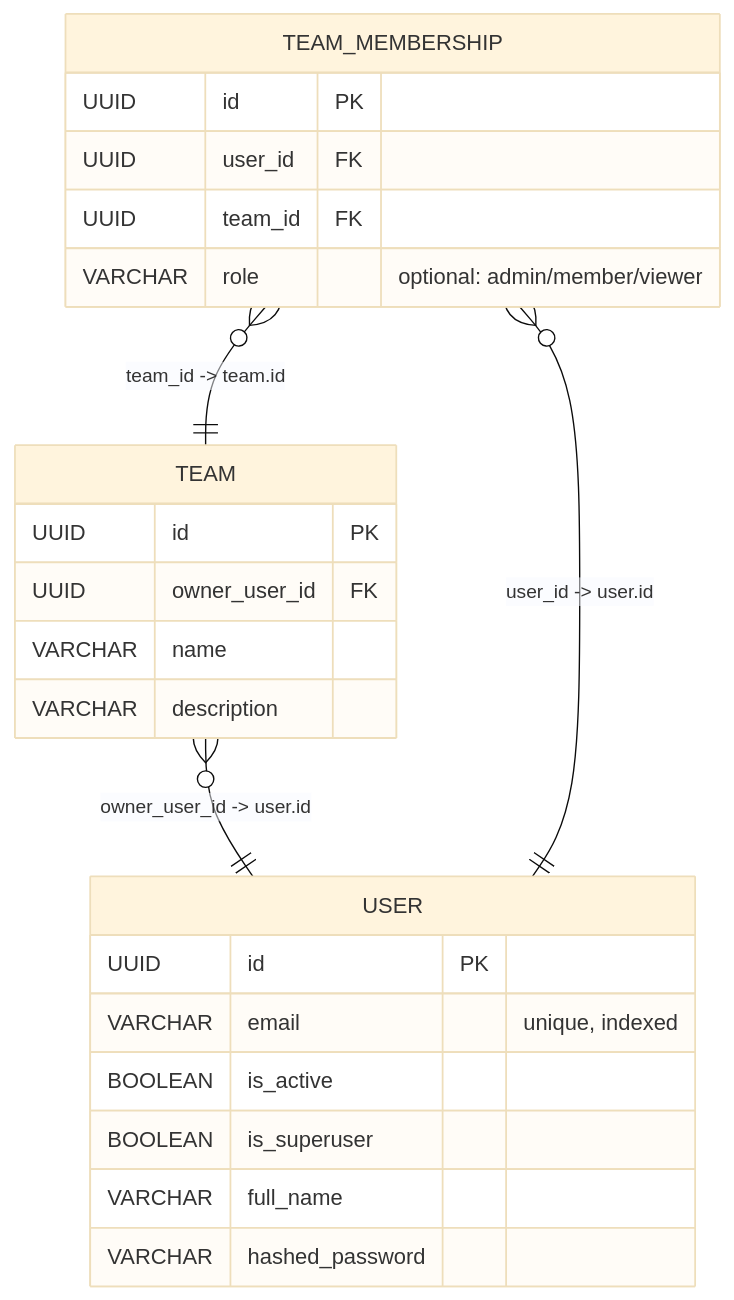
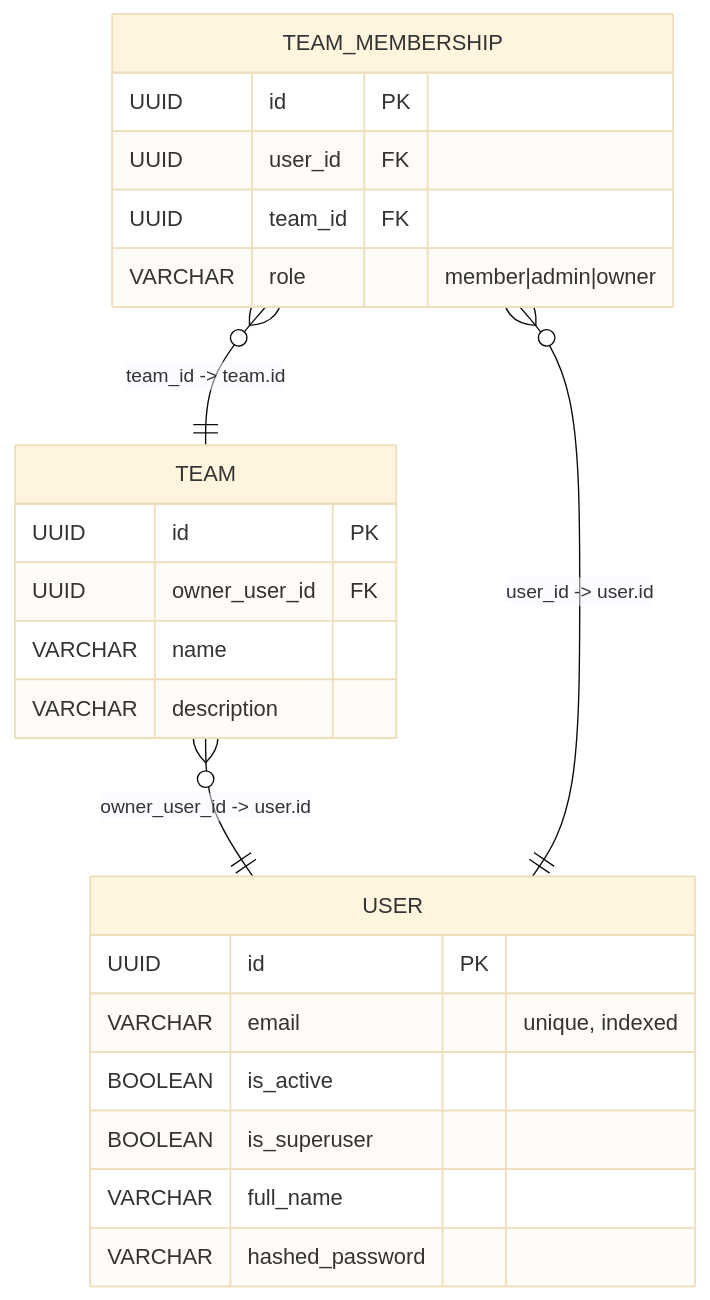
Before and after one commit to AchuAshwath/LinkX: the second of 6 diagrams in backend/app/alembic/README.md, drawn with Mermaid (base theme). The commit also changed other lines of this file and 54 other files, not shown here.

````diff
--- a/backend/app/alembic/README.md
+++ b/backend/app/alembic/README.md
@@ -100,30 +124,30 @@
 ```mermaid
 erDiagram
   USER {
     UUID id PK
     VARCHAR email "unique, indexed"
     BOOLEAN is_active
     BOOLEAN is_superuser
     VARCHAR full_name
     VARCHAR hashed_password
   }
 
   TEAM {
     UUID id PK
     UUID owner_user_id FK
     VARCHAR name
     VARCHAR description
   }
 
   TEAM_MEMBERSHIP {
     UUID id PK
     UUID user_id FK
     UUID team_id FK
-    VARCHAR role "optional: admin/member/viewer"
+    VARCHAR role "member|admin|owner"
   }
 
   %% Relationships
   TEAM }o--|| USER : "owner_user_id -> user.id"
   TEAM_MEMBERSHIP }o--|| USER : "user_id -> user.id"
   TEAM_MEMBERSHIP }o--|| TEAM : "team_id -> team.id"
 ```
````
